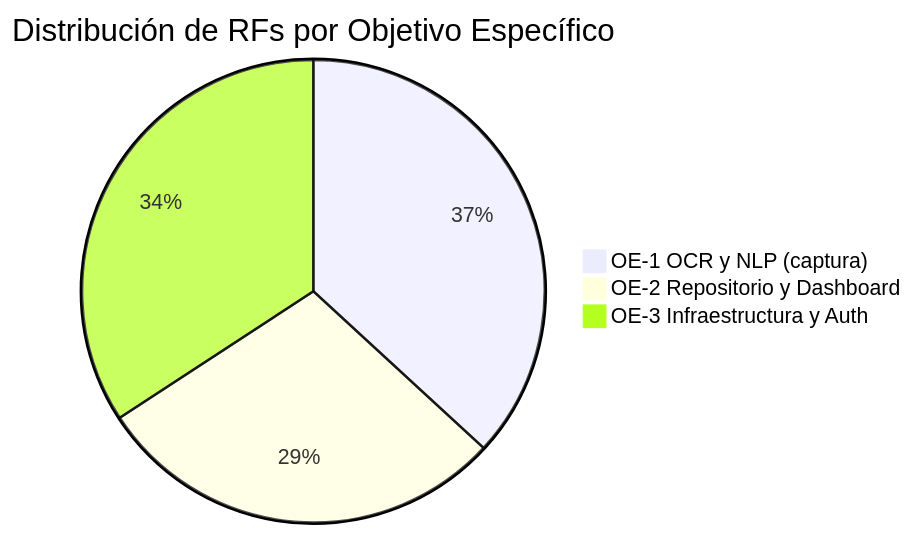
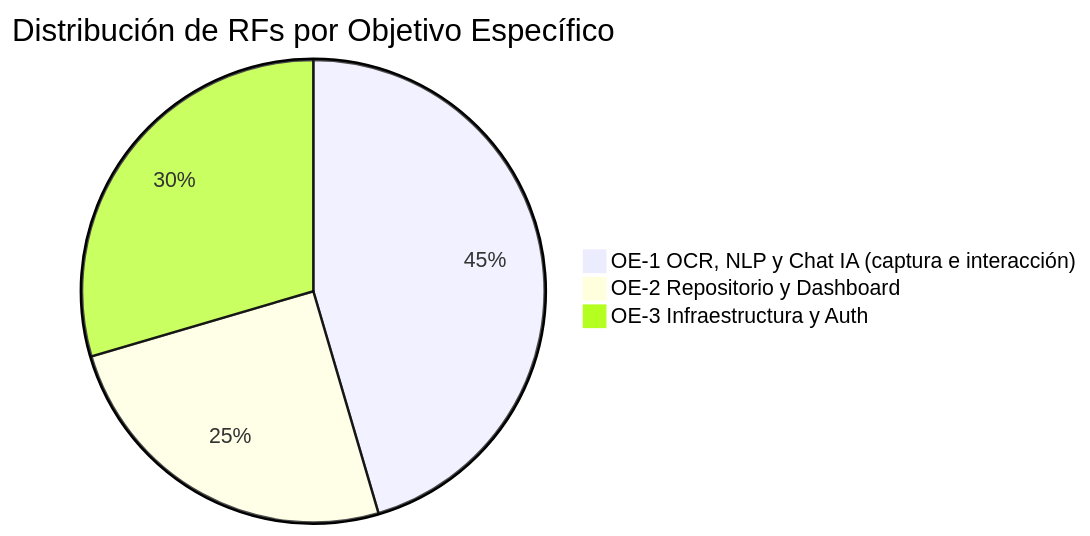
Before and after one commit to KarloZ7715/SIPAc: the third of 3 diagrams in docs/analisis-diseno/documentacion/02-requisitos-funcionales.md, drawn with Mermaid. The commit also changed other lines of this file and 28 other files, not shown here.

Commit message:
docs(analisis): alinear arquitectura y diagramas

````diff
--- a/docs/analisis-diseno/documentacion/02-requisitos-funcionales.md
+++ b/docs/analisis-diseno/documentacion/02-requisitos-funcionales.md
@@ -362,6 +402,6 @@
 ```mermaid
 pie title Distribución de RFs por Objetivo Específico
-    "OE-1 OCR y NLP (captura)" : 28
+    "OE-1 OCR, NLP y Chat IA (captura e interacción)" : 40
     "OE-2 Repositorio y Dashboard" : 22
     "OE-3 Infraestructura y Auth" : 26
 ```
````
